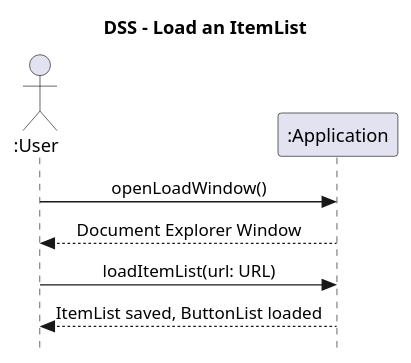
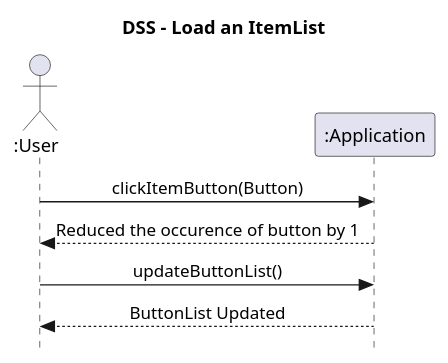
One commit to vexys001/RandoTracker changed the diagram in docs/DSS/cu04_RemoveItem_dss.puml. Above: the diagram before and after it, drawn with PlantUML. The commit also changed 3 other files, not shown here.

```diff
--- a/docs/DSS/cu04_RemoveItem_dss.puml
+++ b/docs/DSS/cu04_RemoveItem_dss.puml
@@ -1,17 +1,17 @@
 @startuml 
 skinparam style strictuml
 skinparam DefaultFontName Verdana
 skinparam backgroundcolor transparent
 skinparam sequenceMessageAlign center
 title DSS - Load an ItemList
 
 actor ":User" as u
 participant ":Application" as a 
 
-u -> a : openLoadWindow()
-a --> u : Document Explorer Window
+u -> a : clickItemButton(Button)
+a --> u : Reduced the occurence of button by 1
 
-u -> a : loadItemList(url: URL)
-a --> u : ItemList saved, ButtonList loaded
+u -> a : updateButtonList()
+a --> u : ButtonList Updated
 
 @enduml
```
